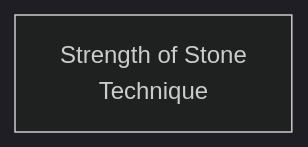
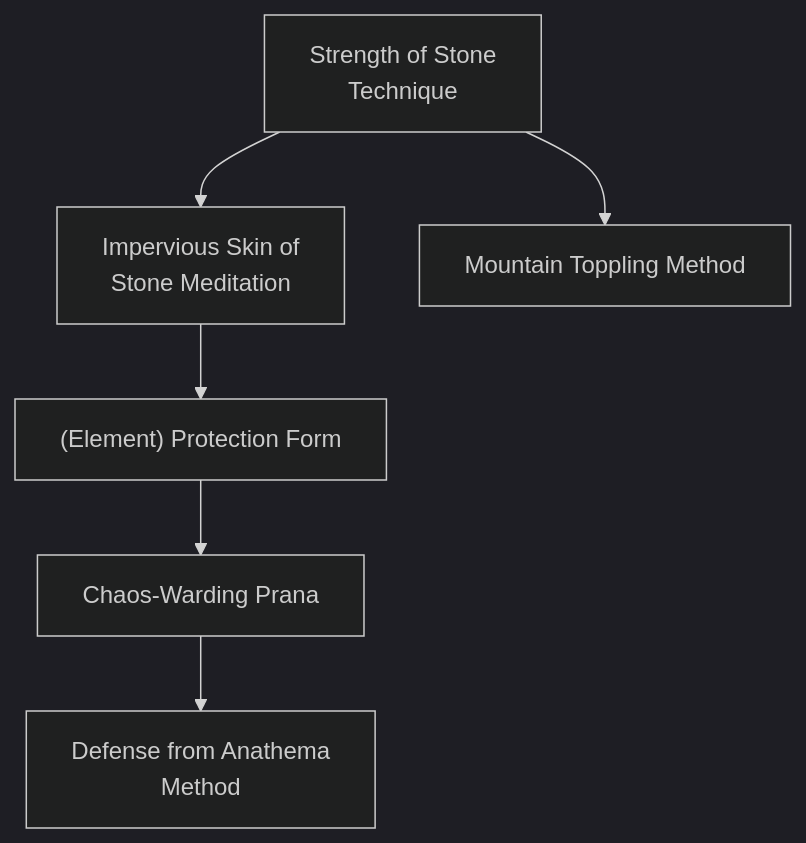
Before and after one commit to jrobichaud/exalted-charms-1e: the diagram in docs/mermaid/dragon_blooded/earth_resistance_1.mmd, drawn with Mermaid. The commit also changed 2 other files, not shown here.

Commit message:
earth resistance

```diff
--- a/docs/mermaid/dragon_blooded/earth_resistance_1.mmd
+++ b/docs/mermaid/dragon_blooded/earth_resistance_1.mmd
@@ -1,41 +1,158 @@
 ---
 config:
   theme: dark
 ---
 flowchart TD
 
     strength_of_stone_technique[Strength of Stone<br>Technique]
     click strength_of_stone_technique callback "
         Strength of stone Technique<br>
         <br>
-        Cost: 2 motes per person<br>
-        Duration: The Dragon-Blooded's Essence in scenes<br>
-        Type: Reflexive<br>
-        Minimum Resistance: 2<br>
-        Minimum Essence: 1<br>
-        Prerequisite Charms: None<br>
-        <br>
+        Cost: 2 motes per person
+        Duration: One scene
+        Type: Simple
+        Minimum Resistance: 2
+        Minimum Essence: 1
+        Prerequisite Charms: None
         One of the most notable traits of the element of Earth
         is its strength and resistance to damage. Through this
         Charm, a Dragon-Blooded can take on some of the strength
         and hardness of stone and share it with other people.
-        After a short meditation while holding and concentrating
+        After a short meditation spent holding and concentrating
         upon the Essence within a pebble, the character
-        becomes stronger and tougher, gaining one dot of both
+        becomes stronger and tougher, gaining one dot each of
         Strength and Stamina for the next five minutes. If the
         Dragon-Blooded character wants to include other people
-        Dragon-Blooded character wants to include other people
-        in the Charm, the recipients must all hold hands in a circle
-        with a pebble between each pair of palms. An individual
-        cannot benefit from multiple simultaneous uses of this
-        Charm, even if different Dragon-Blooded invoke it.<br>
-        Cascade Charms:<br>
-        • An obvious extension grants actual dots of armor by
-        making the character's skin as hard as stone while retain-
-        ing the flexibility of life.<br>
-        • A more advanced variation lets a Dragon-Blooded
-        character become as invulnerable as a stone statue. Unfortunately,
-        the character also becomes stiff and slow, cutting
-        all Dexterity-based dice pools in half for the Charm's
-        duration.
+        in the Charm, they must all hold hands in a circle with a
+        pebble between each pair of palms. A character can only
+        benefit from one application of Strength of Stone Technique
+        at a time.
         "
+
+    impervious_skin_of_stone_meditation[Impervious Skin of<br>Stone Meditation]
+    strength_of_stone_technique --> impervious_skin_of_stone_meditation
+    click impervious_skin_of_stone_meditation callback "
+        Impervious Skin of Stone Meditation<br>
+        <br>
+        Cost: 1 mote per 2L/2B soak<br>
+        Duration: One scene<br>
+        Type: Simple<br>
+        Minimum Resistance: 2<br>
+        Minimum Essence: 2<br>
+        Prerequisite Charms: Strength of Stone Technique<br>
+        <br>
+        With this Charm in effect, a Dragon-Blood's skin
+        gains the toughness of the native rock of the earth itself.
+        Swords and arrows glance from her skin as if off a cliff face.
+        Every mote of Essence invested in the Charm give the
+        character two points of additional soak against lethal and
+        bashing damage. The bonus to soak cannot be greater than
+        the character's Essence. This Charm is weak against Essence
+        and does not apply to damage caused by sorcery or by
+        attacks enhanced with Charms.
+        "
+
+    mountain_toppling_method[Mountain Toppling Method]
+    strength_of_stone_technique --> mountain_toppling_method
+    click mountain_toppling_method callback "
+        Mountain Toppling Method<br>
+        <br>
+        Cost: 4 motes<br>
+        Duration: One turn<br>
+        Type: Supplemental<br>
+        Minimum Resistance: 2<br>
+        Minimum Essence: 2<br>
+        Prerequisite Charms: Strength of Stone Technique<br>
+        <br>
+        Through this Charm, a Dragon-Blooded character
+        links his own Essence to the Essence within any great mass.
+        By inverting the principles of resistance against the mass, it
+        enables him to exert vastly magnified strength. After a
+        moment's concentration, the Dynast can hurl boulders,
+        topple pillars, stomp on the edge of a cliff to start a
+        landslide or perform other momentary feats of superhuman
+        strength. In game terms, for one turn, the character's
+        Strength increases by 5, but he can only apply that extra
+        Strength to objects made of earth or stone. This height-
+        ened Strength may be used in an attack (for instance,
+        throwing a boulder at an opponent for Strength-based
+        damage), and jade-alloy weapons such as daiklaves are
+        &quot;stone&quot; enough to benefit from the effects of this Charm.
+        "
+
+    element_protection_form["(Element) Protection Form"]
+    impervious_skin_of_stone_meditation --> element_protection_form
+    click element_protection_form callback "
+        (Element) Protection Form<br>
+        <br>
+        Cost: 3 motes<br>
+        Duration: One scene<br>
+        Type: Simple<br>
+        Minimum Resistance: 3<br>
+        Minimum Essence: 2<br>
+        Prerequisite Charms: Impervious Skin of Stone Meditation<br>
+        <br>
+        This is actually a cluster of five separate Charms, each
+        offering protection from the harmful effects of the element
+        of one of Five Immaculate Dragons. While this Charm in
+        effect, the character gets a bonus to lethal and bashing soak
+        equal to her Essence when attacked by an appropriate
+        source of elemental damage. This soak applies to attacks as
+        well as to environmental damage (from say drowning;
+        crushing rock or molten lava). For the purposes of this
+        Charm, metal is earth and fists, teeth and other natural
+        attacks are wood. As with Impervious. Skin of Stone
+        Meditation, this protection is brittle and offers no additional
+        resistance against attacks enhanced with Charms or
+        against damage caused by sorcery.<br>
+        These Charms must be each bought separately. A
+        character may apply the discount for buying Charms of her
+        own elemental attunement when learning the protection
+        technique for her element.
+        "
+
+    chaos_warding_prana[Chaos-Warding Prana]
+    element_protection_form --> chaos_warding_prana
+    click chaos_warding_prana callback "
+        Chaos-Warding Prana<br>
+        <br>
+        Cost: One scene<br>
+        Duration: 5 motes, 1 Willpower<br>
+        Type: Simple<br>
+        Minimum Resistance: 3<br>
+        Minimum Essence: 3<br>
+        <br>
+        Prerequisite Charms: (Element) Protection Form
+        The disruptive predations of beings and creatures of
+        the Wyld are a constant danger to the Realm. Naturally,
+        the Dynasts of Earth - paragons of stability - have
+        developed methods for combating these roiling energies.
+        For the remainder of the scene after invoking this Charm,
+        a Dynast may ignore the warping effects of the Wyld. Both
+        his person and his gear are protected and cannot be
+        mutated or changed by Wyld effects. The character can
+        extend this protection to others by paying the full cost of
+        the Charm and touching them.
+        "
+
+    defense_from_anathema_method[Defense from Anathema<br>Method]
+    chaos_warding_prana --> defense_from_anathema_method
+    click defense_from_anathema_method callback "
+        Defense from Anathema Method<br>
+        <br>
+        Cost: 6 motes, 1 Willpower
+        Duration: One scene
+        Type: Simple
+        Minimum Resistance: 5
+        Minimum Essence: 4
+        Prerequisite Charms: Chaos-Warding Prana
+        The most powerful of the Terrestrial Exalted know
+        methods to shield themselves from the powerful magic of the
+        Anathema. For the remainder of the scene after invoking this
+        Charm, a Dynast may add her Essence to the difficulty of
+        magical attacks made against her by the Anathema. This
+        includes both Charm-enhanced attacks and sorcery. These
+        are effective automatic successes to avoid the attack and are
+        additive with dodges and parries. This Charm offers no
+        protection against more subtle effects, such as mind control.
+        "
```
